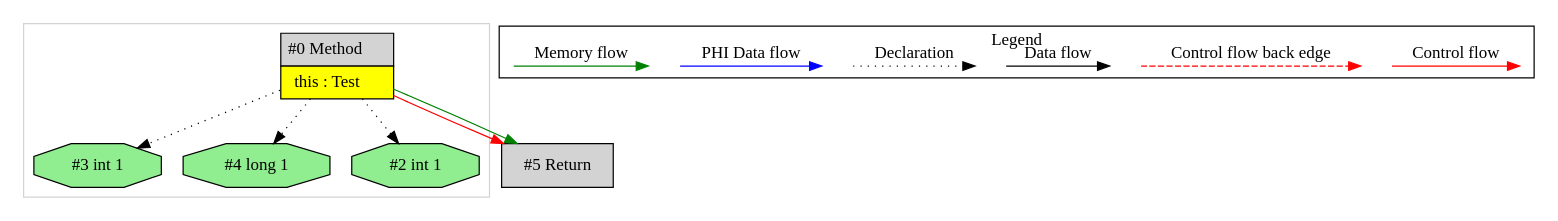
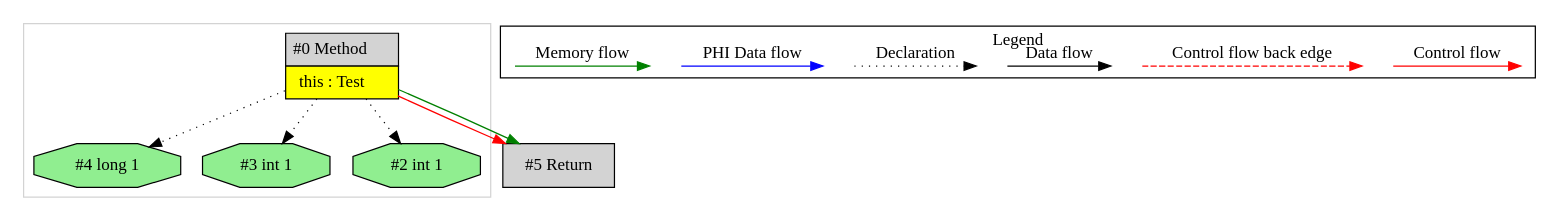
One commit to mirkosertic/MetaIR changed the diagram in de.mirkosertic.metair.ir.OpcodeDUP2X2Test/test_DUP2X2_form2/ir.dot. Above: the diagram before and after it, drawn with Graphviz. The commit also changed other lines of this file and 440 other files, not shown here.

```diff
--- a/de.mirkosertic.metair.ir.OpcodeDUP2X2Test/test_DUP2X2_form2/ir.dot
+++ b/de.mirkosertic.metair.ir.OpcodeDUP2X2Test/test_DUP2X2_form2/ir.dot
@@ -1,46 +1,46 @@
 digraph {
  ordering="in";
  node0[margin="0", label=<<table border="0" cellborder="1" cellspacing="0" cellpadding="5"><tr><td colspan="1">#0 Method</td></tr><tr><td port="prj1" bgcolor="yellow">this : Test</td></tr></table>>,shape=none, fillcolor=lightgrey, style=filled];
+ node4[label="#4 long 1",shape=octagon, fillcolor=lightgreen, style=filled];
+ node0 -> node4[style=dotted];
+ node3[label="#3 int 1",shape=octagon, fillcolor=lightgreen, style=filled];
+ node0 -> node3[style=dotted];
+ node2[label="#2 int 1",shape=octagon, fillcolor=lightgreen, style=filled];
+ node0 -> node2[style=dotted];
  node5[label="#5 Return",shape=box, fillcolor=lightgrey, style=filled];
  node0 -> node5[labeldistance=2, color=red, fontcolor=red];
  node0 -> node5[labeldistance=2, color=green, constraint=false];
- node3[label="#3 int 1",shape=octagon, fillcolor=lightgreen, style=filled];
- node0 -> node3[style=dotted];
- node4[label="#4 long 1",shape=octagon, fillcolor=lightgreen, style=filled];
- node0 -> node4[style=dotted];
- node2[label="#2 int 1",shape=octagon, fillcolor=lightgreen, style=filled];
- node0 -> node2[style=dotted];
  subgraph cluster_0 {
   color=lightgray;
   node0;
   node2;
   node3;
   node4;
  }
  subgraph cluster_000 {
   label = "Legend";
   node [shape=point]
   {
    rank=same;
    c0 [style = invis];
    c1 [style = invis];
    c2 [style = invis];
    c3 [style = invis];
    d0 [style = invis];
    d1 [style = invis];
    d2 [style = invis];
    d3 [style = invis];
    d4 [style = invis];
    d5 [style = invis];
    d6 [style = invis];
    d7 [style = invis];
   }
   c0 -> c1 [label="Control flow", style=solid, color=red]
   c2 -> c3 [label="Control flow back edge", style=dashed, color=red]
   d0 -> d1 [label="Data flow"]
   d2 -> d3 [label="Declaration", style=dotted]
   d4 -> d5 [label="PHI Data flow", color=blue]
   d6 -> d7 [label="Memory flow", color=green]
  }
 
 }
```
